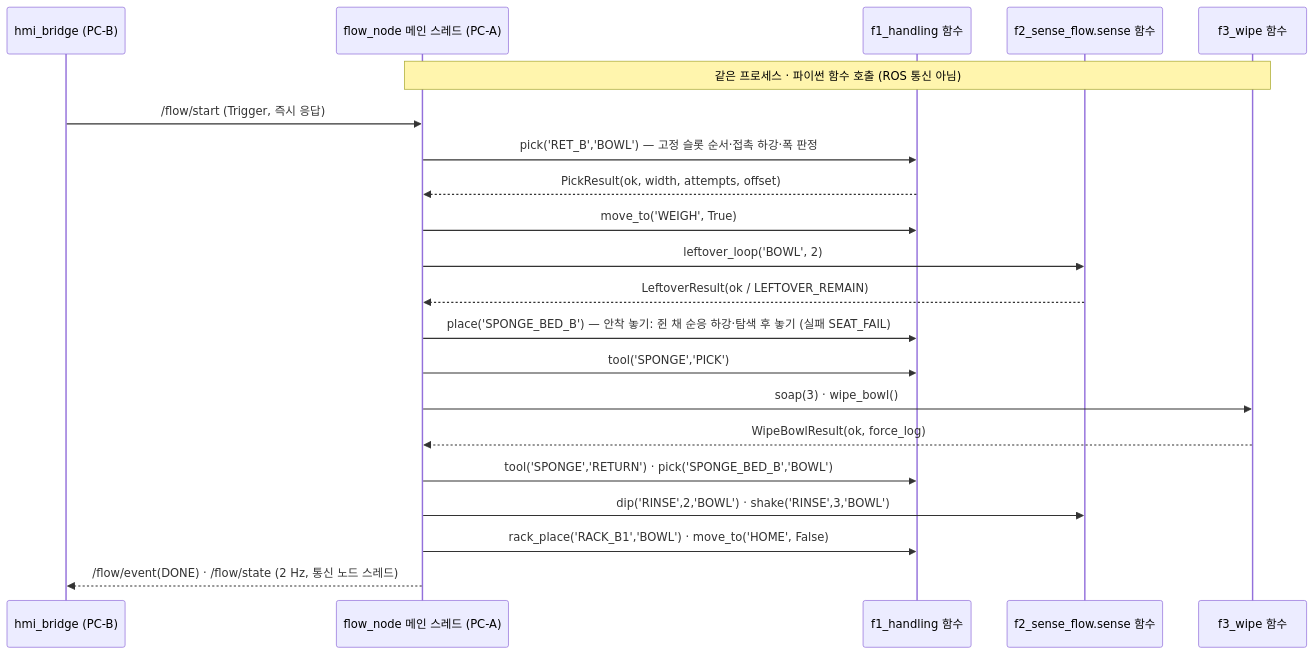
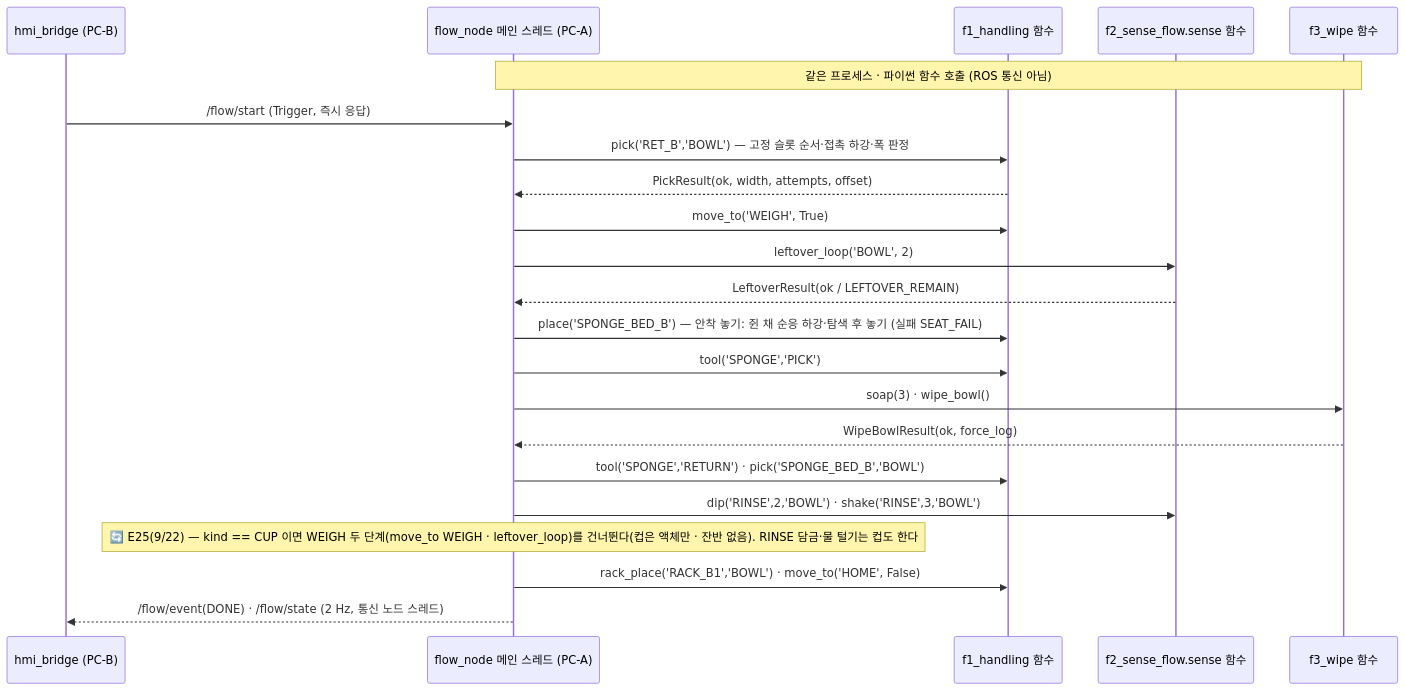
The first of 2 diagrams in docs/03_설계_SDD.md (hwang-injae/rokey_9_pjt1_D2), drawn with Mermaid before and after one commit. The commit also changed 5 other files, not shown here.

First line of the commit message:
결정 E25 — 컵은 무게·잔반 버리기 없음(헹굼·물 털기는 함) · 일정표 v14.9(FLOW-05 신설 · PR #69 수정 요청)

````diff
--- a/docs/03_설계_SDD.md
+++ b/docs/03_설계_SDD.md
@@ -214,23 +214,24 @@
 ```mermaid
 sequenceDiagram
   participant H as hmi_bridge (PC-B)
   participant W as flow_node 메인 스레드 (PC-A)
   participant A as f1_handling 함수
   participant B as f2_sense_flow.sense 함수
   participant C as f3_wipe 함수
   Note over W,C: 같은 프로세스 · 파이썬 함수 호출 (ROS 통신 아님)
   H->>W: /flow/start (Trigger, 즉시 응답)
   W->>A: pick('RET_B','BOWL')  — 고정 슬롯 순서·접촉 하강·폭 판정
   A-->>W: PickResult(ok, width, attempts, offset)
   W->>A: move_to('WEIGH', True)
   W->>B: leftover_loop('BOWL', 2)
   B-->>W: LeftoverResult(ok / LEFTOVER_REMAIN)
   W->>A: place('SPONGE_BED_B')  — 안착 놓기: 쥔 채 순응 하강·탐색 후 놓기 (실패 SEAT_FAIL)
   W->>A: tool('SPONGE','PICK')
   W->>C: soap(3) · wipe_bowl()
   C-->>W: WipeBowlResult(ok, force_log)
   W->>A: tool('SPONGE','RETURN') · pick('SPONGE_BED_B','BOWL')
   W->>B: dip('RINSE',2,'BOWL') · shake('RINSE',3,'BOWL')
+  Note over W: 🔄 E25(9/22) — kind == CUP 이면 WEIGH 두 단계(move_to WEIGH · leftover_loop)를 건너뛴다(컵은 액체만 · 잔반 없음). RINSE 담금·물 털기는 컵도 한다
   W->>A: rack_place('RACK_B1','BOWL') · move_to('HOME', False)
   W-->>H: /flow/event(DONE) · /flow/state (2 Hz, 통신 노드 스레드)
 ```
````
